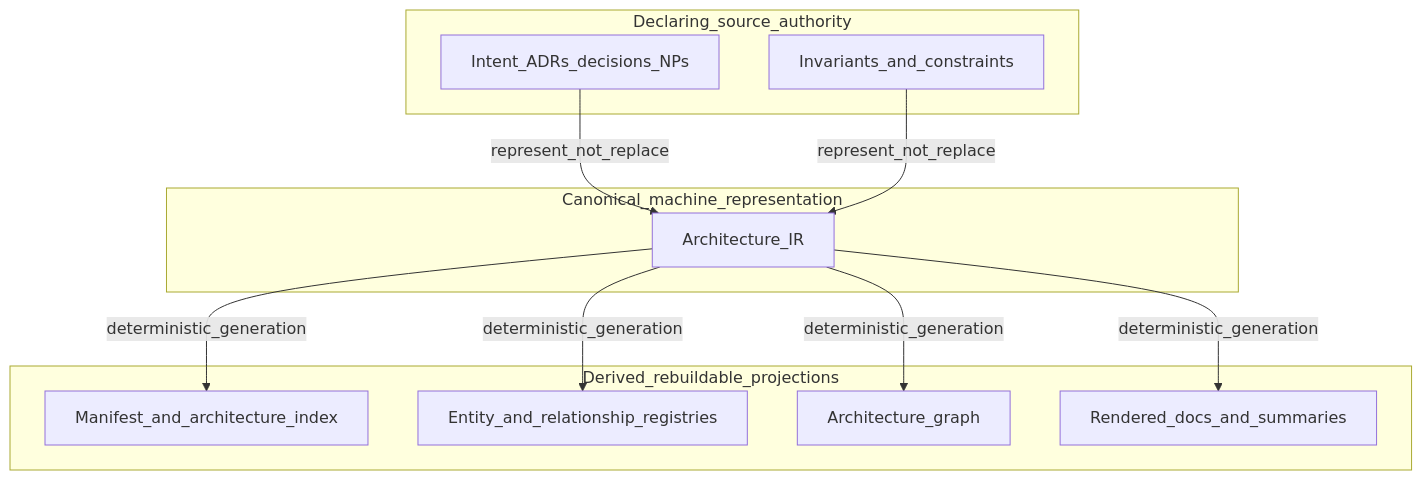
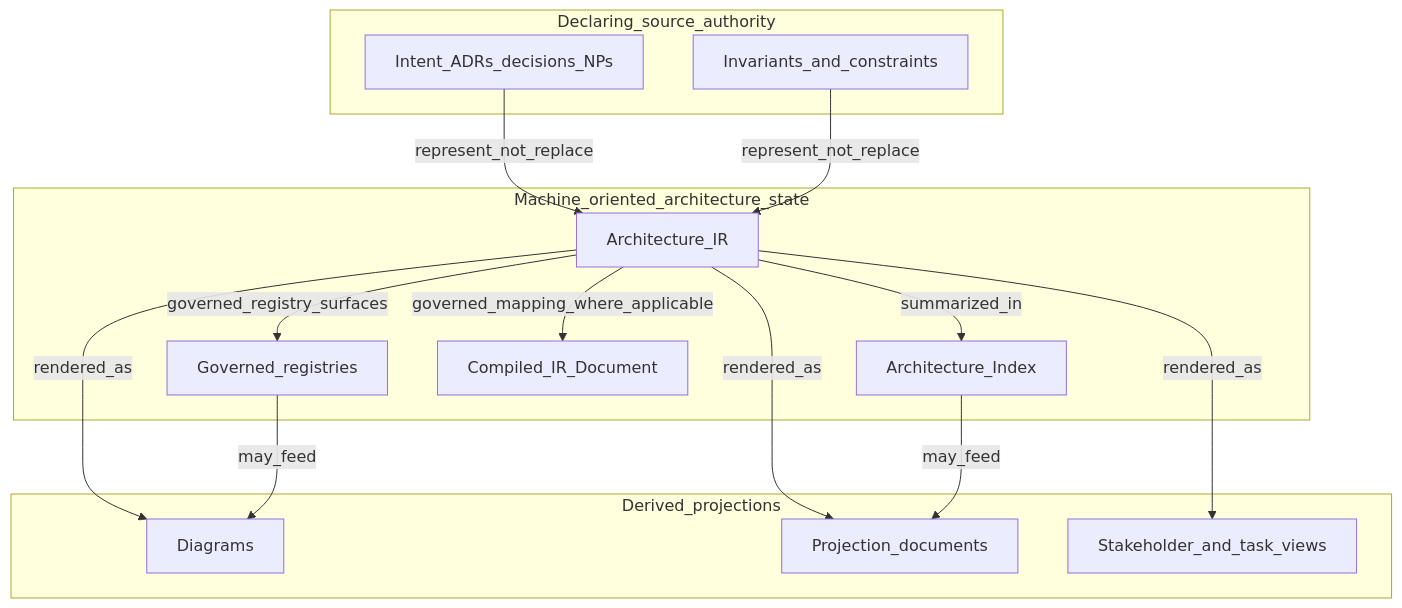
The diagram in 04-architecture-model/04-08-projections-overview.md (egallmann/ste-handbook), drawn with Mermaid before and after one commit. The commit also changed other lines of this file and 4 other files, not shown here.

````diff
--- a/04-architecture-model/04-08-projections-overview.md
+++ b/04-architecture-model/04-08-projections-overview.md
@@ -43,22 +63,28 @@
 ```mermaid
 flowchart TB
   subgraph declare ["Declaring_source_authority"]
     ADR[Intent_ADRs_decisions_NPs]
     INV[Invariants_and_constraints]
   end
-  subgraph machine ["Canonical_machine_representation"]
+  subgraph machine ["Machine_oriented_architecture_state"]
     IR[Architecture_IR]
+    IDX[Architecture_Index]
+    REG[Governed_registries]
+    COMP[Compiled_IR_Document]
   end
-  subgraph deriv ["Derived_rebuildable_projections"]
-    MAN[Manifest_and_architecture_index]
-    REG[Entity_and_relationship_registries]
-    GRA[Architecture_graph]
-    REN[Rendered_docs_and_summaries]
+  subgraph deriv ["Derived_projections"]
+    DIA[Diagrams]
+    DOC[Projection_documents]
+    STK[Stakeholder_and_task_views]
   end
   ADR -->|"represent_not_replace"| IR
   INV -->|"represent_not_replace"| IR
-  IR -->|"deterministic_generation"| MAN
-  IR -->|"deterministic_generation"| REG
-  IR -->|"deterministic_generation"| GRA
-  IR -->|"deterministic_generation"| REN
+  IR -->|"summarized_in"| IDX
+  IR -->|"governed_registry_surfaces"| REG
+  IR -->|"governed_mapping_where_applicable"| COMP
+  IR -->|"rendered_as"| DIA
+  IR -->|"rendered_as"| DOC
+  IR -->|"rendered_as"| STK
+  IDX -->|"may_feed"| DOC
+  REG -->|"may_feed"| DIA
 ```
````
